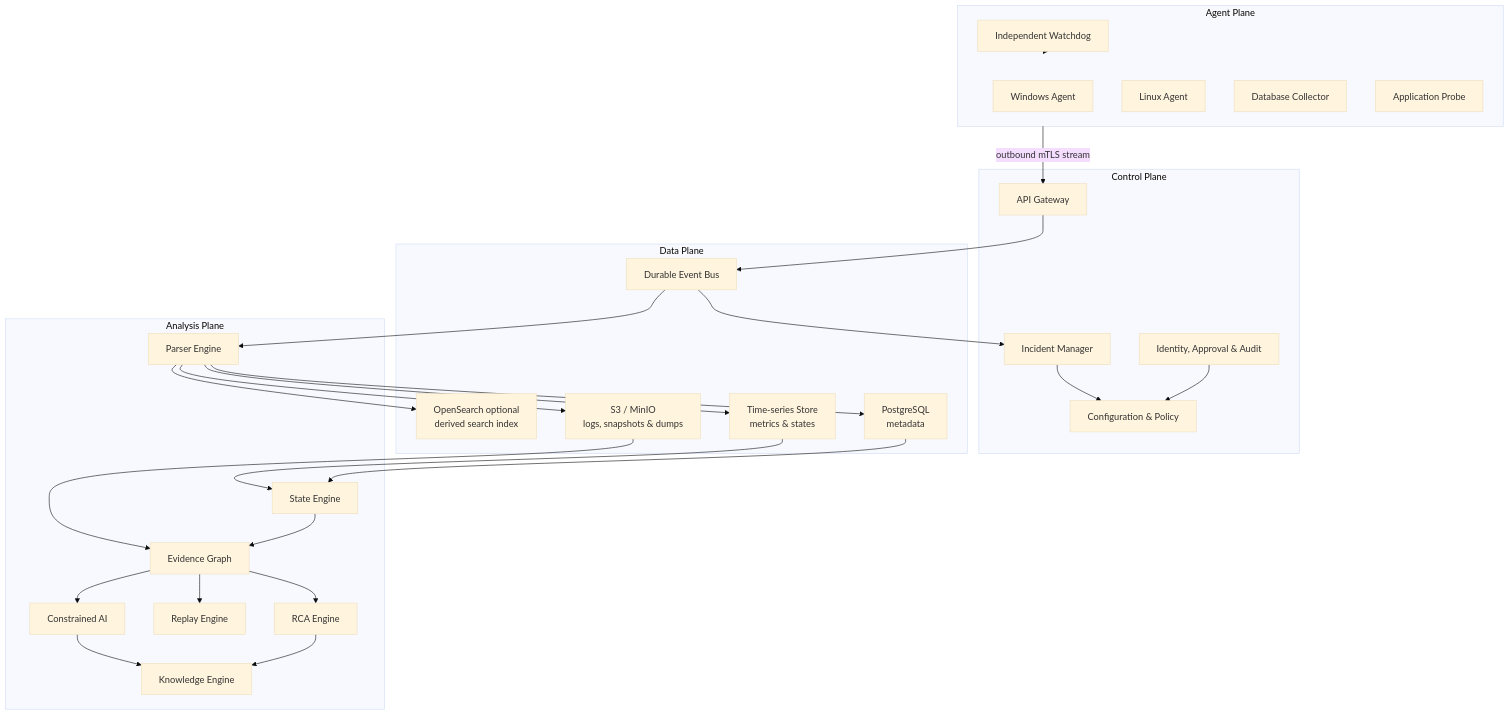
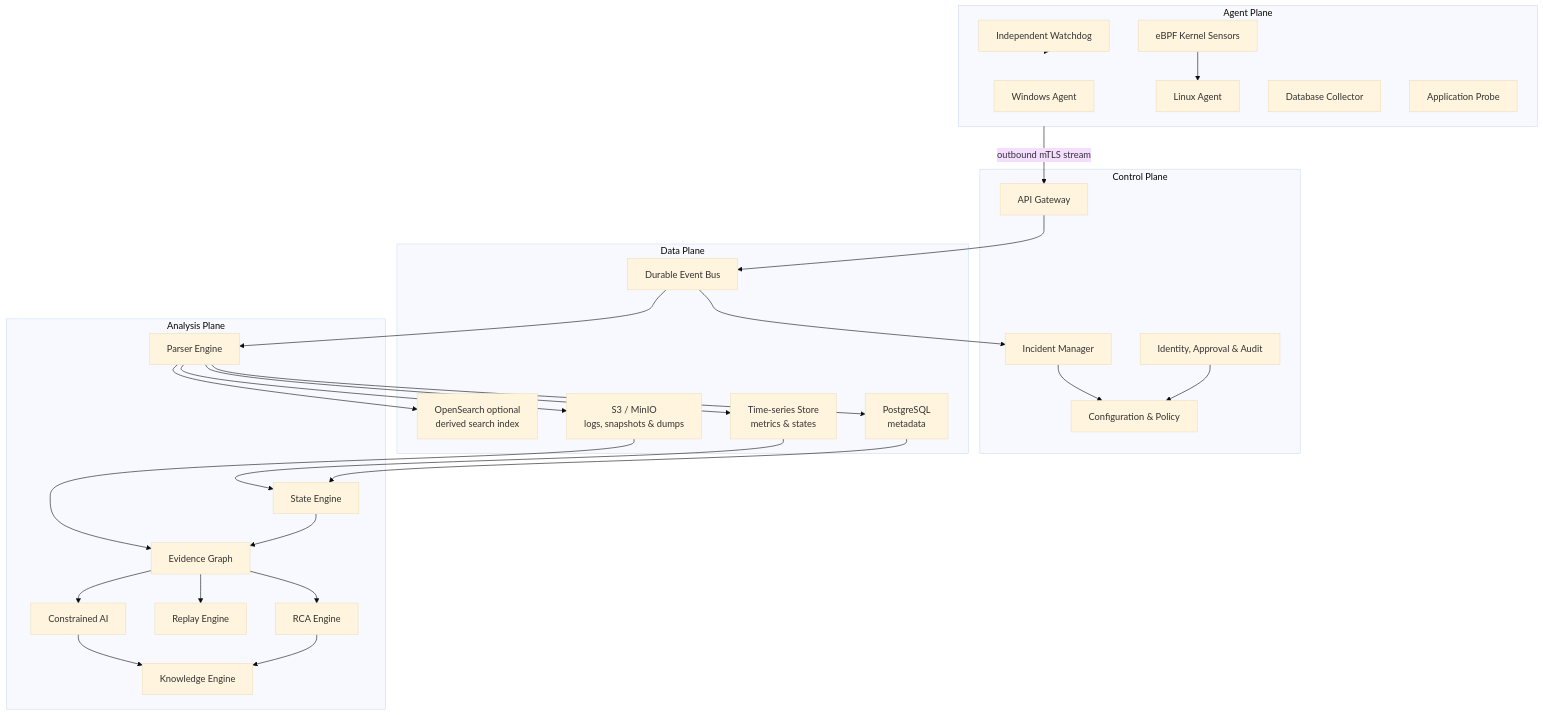
One commit to pc-study/dbsleuth changed the second of 3 diagrams in README.md. Above: the diagram before and after it, drawn with Mermaid (base theme). The commit also changed other lines of this file and 8 other files, not shown here.

Commit message:
docs: add eBPF observability architecture

````diff
--- a/README.md
+++ b/README.md
@@ -177,56 +180,58 @@
 ```mermaid
 flowchart TB
     subgraph AP["Agent Plane"]
         WA["Windows Agent"]
         LA["Linux Agent"]
         DA["Database Collector"]
         AA["Application Probe"]
         WD["Independent Watchdog"]
+        EBPF["eBPF Kernel Sensors"]
     end
 
     subgraph CP["Control Plane"]
         GW["API Gateway"]
         IM["Incident Manager"]
         CM["Configuration & Policy"]
         SM["Identity, Approval & Audit"]
     end
 
     subgraph DP["Data Plane"]
         BUS["Durable Event Bus"]
         META["PostgreSQL\nmetadata"]
         TSDB["Time-series Store\nmetrics & states"]
         OBJ["S3 / MinIO\nlogs, snapshots & dumps"]
         SEARCH["OpenSearch optional\nderived search index"]
     end
 
     subgraph AN["Analysis Plane"]
         PARSER["Parser Engine"]
         STATE["State Engine"]
         GRAPH["Evidence Graph"]
         RCA["RCA Engine"]
         REPLAY["Replay Engine"]
         AI["Constrained AI"]
         KB["Knowledge Engine"]
     end
 
     AP -->|"outbound mTLS stream"| GW
+    EBPF --> LA
     WD --> AP
     GW --> BUS
     BUS --> IM
     BUS --> PARSER
     IM --> CM
     SM --> CM
     PARSER --> META
     PARSER --> TSDB
     PARSER --> OBJ
     PARSER --> SEARCH
     META --> STATE
     TSDB --> STATE
     OBJ --> GRAPH
     STATE --> GRAPH
     GRAPH --> RCA
     GRAPH --> REPLAY
     GRAPH --> AI
     RCA --> KB
     AI --> KB
 ```
````
